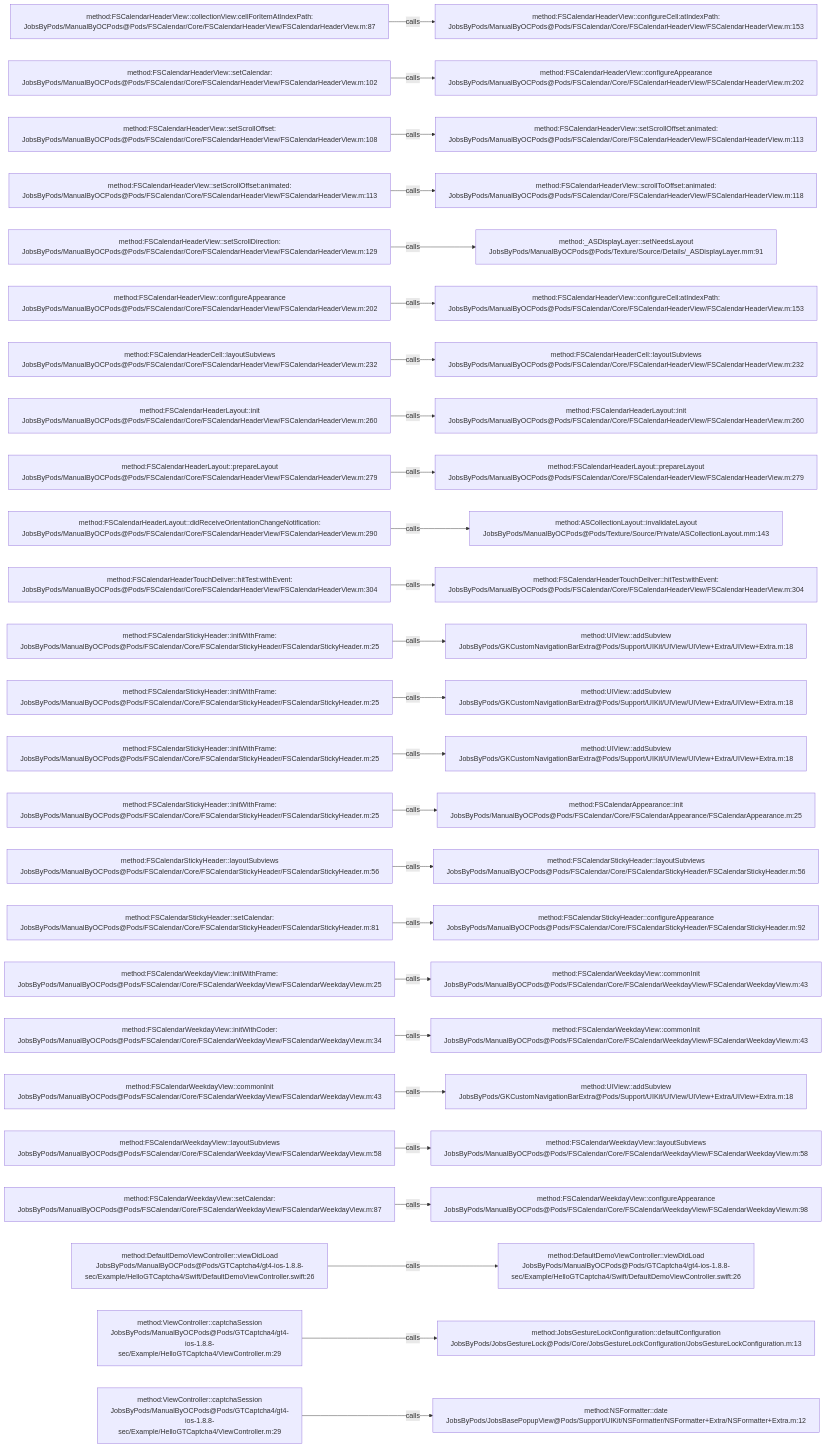
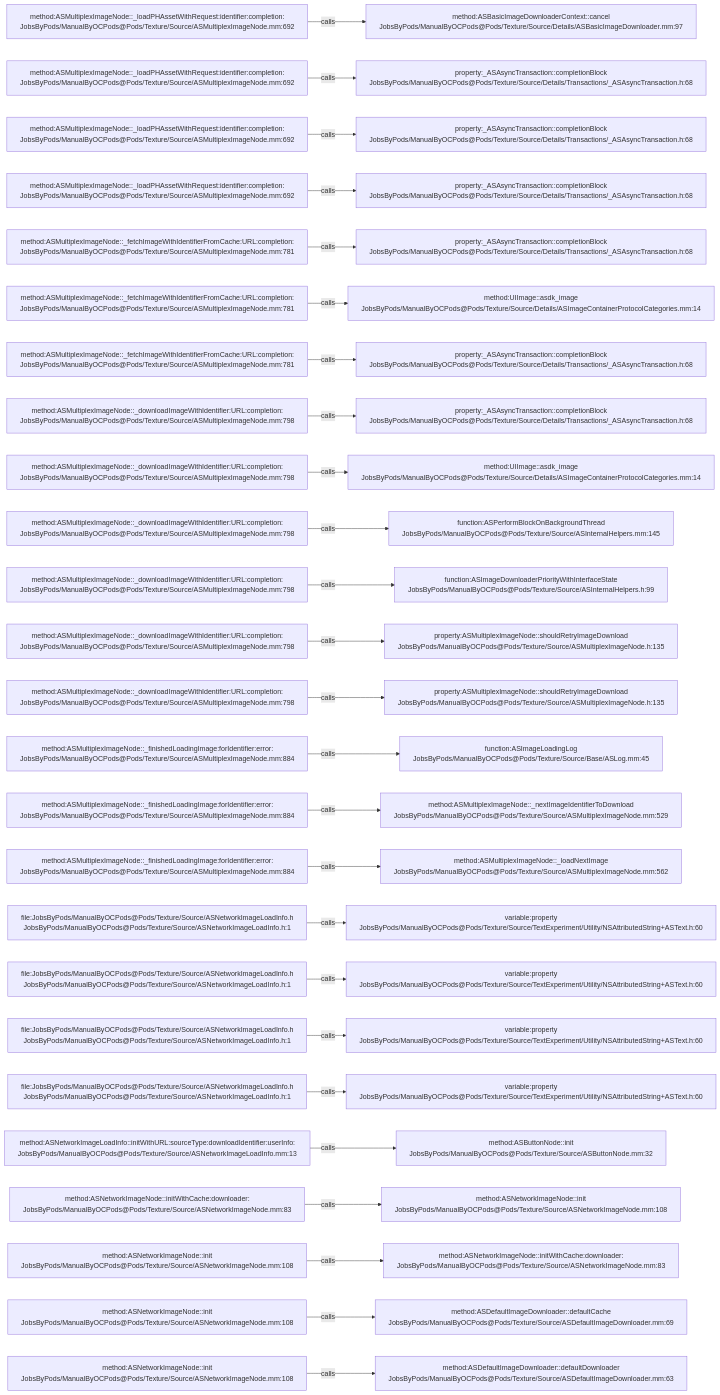
The diagram in .codegraph/codegraph.md/graphs/calls-124.md (JobsKits/JobsOCBaseConfigDemo), drawn with Mermaid before and after one commit. The commit also changed 2162 other files, not shown here.

````diff
--- a/.codegraph/codegraph.md/graphs/calls-124.md
+++ b/.codegraph/codegraph.md/graphs/calls-124.md
@@ -13,78 +13,78 @@
 ```mermaid
 flowchart LR
-  S1["method:FSCalendarHeaderView::collectionView:cellForItemAtIndexPath:<br/>JobsByPods/ManualByOCPods@Pods/FSCalendar/Core/FSCalendarHeaderView/FSCalendarHeaderView.m:87"]
-  T1["method:FSCalendarHeaderView::configureCell:atIndexPath:<br/>JobsByPods/ManualByOCPods@Pods/FSCalendar/Core/FSCalendarHeaderView/FSCalendarHeaderView.m:153"]
+  S1["method:ASMultiplexImageNode::_loadPHAssetWithRequest:identifier:completion:<br/>JobsByPods/ManualByOCPods@Pods/Texture/Source/ASMultiplexImageNode.mm:692"]
+  T1["method:ASBasicImageDownloaderContext::cancel<br/>JobsByPods/ManualByOCPods@Pods/Texture/Source/Details/ASBasicImageDownloader.mm:97"]
   S1 -->|calls| T1
-  S2["method:FSCalendarHeaderView::setCalendar:<br/>JobsByPods/ManualByOCPods@Pods/FSCalendar/Core/FSCalendarHeaderView/FSCalendarHeaderView.m:102"]
-  T2["method:FSCalendarHeaderView::configureAppearance<br/>JobsByPods/ManualByOCPods@Pods/FSCalendar/Core/FSCalendarHeaderView/FSCalendarHeaderView.m:202"]
+  S2["method:ASMultiplexImageNode::_loadPHAssetWithRequest:identifier:completion:<br/>JobsByPods/ManualByOCPods@Pods/Texture/Source/ASMultiplexImageNode.mm:692"]
+  T2["property:_ASAsyncTransaction::completionBlock<br/>JobsByPods/ManualByOCPods@Pods/Texture/Source/Details/Transactions/_ASAsyncTransaction.h:68"]
   S2 -->|calls| T2
-  S3["method:FSCalendarHeaderView::setScrollOffset:<br/>JobsByPods/ManualByOCPods@Pods/FSCalendar/Core/FSCalendarHeaderView/FSCalendarHeaderView.m:108"]
-  T3["method:FSCalendarHeaderView::setScrollOffset:animated:<br/>JobsByPods/ManualByOCPods@Pods/FSCalendar/Core/FSCalendarHeaderView/FSCalendarHeaderView.m:113"]
+  S3["method:ASMultiplexImageNode::_loadPHAssetWithRequest:identifier:completion:<br/>JobsByPods/ManualByOCPods@Pods/Texture/Source/ASMultiplexImageNode.mm:692"]
+  T3["property:_ASAsyncTransaction::completionBlock<br/>JobsByPods/ManualByOCPods@Pods/Texture/Source/Details/Transactions/_ASAsyncTransaction.h:68"]
   S3 -->|calls| T3
-  S4["method:FSCalendarHeaderView::setScrollOffset:animated:<br/>JobsByPods/ManualByOCPods@Pods/FSCalendar/Core/FSCalendarHeaderView/FSCalendarHeaderView.m:113"]
-  T4["method:FSCalendarHeaderView::scrollToOffset:animated:<br/>JobsByPods/ManualByOCPods@Pods/FSCalendar/Core/FSCalendarHeaderView/FSCalendarHeaderView.m:118"]
+  S4["method:ASMultiplexImageNode::_loadPHAssetWithRequest:identifier:completion:<br/>JobsByPods/ManualByOCPods@Pods/Texture/Source/ASMultiplexImageNode.mm:692"]
+  T4["property:_ASAsyncTransaction::completionBlock<br/>JobsByPods/ManualByOCPods@Pods/Texture/Source/Details/Transactions/_ASAsyncTransaction.h:68"]
   S4 -->|calls| T4
-  S5["method:FSCalendarHeaderView::setScrollDirection:<br/>JobsByPods/ManualByOCPods@Pods/FSCalendar/Core/FSCalendarHeaderView/FSCalendarHeaderView.m:129"]
-  T5["method:_ASDisplayLayer::setNeedsLayout<br/>JobsByPods/ManualByOCPods@Pods/Texture/Source/Details/_ASDisplayLayer.mm:91"]
+  S5["method:ASMultiplexImageNode::_fetchImageWithIdentifierFromCache:URL:completion:<br/>JobsByPods/ManualByOCPods@Pods/Texture/Source/ASMultiplexImageNode.mm:781"]
+  T5["property:_ASAsyncTransaction::completionBlock<br/>JobsByPods/ManualByOCPods@Pods/Texture/Source/Details/Transactions/_ASAsyncTransaction.h:68"]
   S5 -->|calls| T5
-  S6["method:FSCalendarHeaderView::configureAppearance<br/>JobsByPods/ManualByOCPods@Pods/FSCalendar/Core/FSCalendarHeaderView/FSCalendarHeaderView.m:202"]
-  T6["method:FSCalendarHeaderView::configureCell:atIndexPath:<br/>JobsByPods/ManualByOCPods@Pods/FSCalendar/Core/FSCalendarHeaderView/FSCalendarHeaderView.m:153"]
+  S6["method:ASMultiplexImageNode::_fetchImageWithIdentifierFromCache:URL:completion:<br/>JobsByPods/ManualByOCPods@Pods/Texture/Source/ASMultiplexImageNode.mm:781"]
+  T6["method:UIImage::asdk_image<br/>JobsByPods/ManualByOCPods@Pods/Texture/Source/Details/ASImageContainerProtocolCategories.mm:14"]
   S6 -->|calls| T6
-  S7["method:FSCalendarHeaderCell::layoutSubviews<br/>JobsByPods/ManualByOCPods@Pods/FSCalendar/Core/FSCalendarHeaderView/FSCalendarHeaderView.m:232"]
-  T7["method:FSCalendarHeaderCell::layoutSubviews<br/>JobsByPods/ManualByOCPods@Pods/FSCalendar/Core/FSCalendarHeaderView/FSCalendarHeaderView.m:232"]
+  S7["method:ASMultiplexImageNode::_fetchImageWithIdentifierFromCache:URL:completion:<br/>JobsByPods/ManualByOCPods@Pods/Texture/Source/ASMultiplexImageNode.mm:781"]
+  T7["property:_ASAsyncTransaction::completionBlock<br/>JobsByPods/ManualByOCPods@Pods/Texture/Source/Details/Transactions/_ASAsyncTransaction.h:68"]
   S7 -->|calls| T7
-  S8["method:FSCalendarHeaderLayout::init<br/>JobsByPods/ManualByOCPods@Pods/FSCalendar/Core/FSCalendarHeaderView/FSCalendarHeaderView.m:260"]
-  T8["method:FSCalendarHeaderLayout::init<br/>JobsByPods/ManualByOCPods@Pods/FSCalendar/Core/FSCalendarHeaderView/FSCalendarHeaderView.m:260"]
+  S8["method:ASMultiplexImageNode::_downloadImageWithIdentifier:URL:completion:<br/>JobsByPods/ManualByOCPods@Pods/Texture/Source/ASMultiplexImageNode.mm:798"]
+  T8["property:_ASAsyncTransaction::completionBlock<br/>JobsByPods/ManualByOCPods@Pods/Texture/Source/Details/Transactions/_ASAsyncTransaction.h:68"]
   S8 -->|calls| T8
-  S9["method:FSCalendarHeaderLayout::prepareLayout<br/>JobsByPods/ManualByOCPods@Pods/FSCalendar/Core/FSCalendarHeaderView/FSCalendarHeaderView.m:279"]
-  T9["method:FSCalendarHeaderLayout::prepareLayout<br/>JobsByPods/ManualByOCPods@Pods/FSCalendar/Core/FSCalendarHeaderView/FSCalendarHeaderView.m:279"]
+  S9["method:ASMultiplexImageNode::_downloadImageWithIdentifier:URL:completion:<br/>JobsByPods/ManualByOCPods@Pods/Texture/Source/ASMultiplexImageNode.mm:798"]
+  T9["method:UIImage::asdk_image<br/>JobsByPods/ManualByOCPods@Pods/Texture/Source/Details/ASImageContainerProtocolCategories.mm:14"]
   S9 -->|calls| T9
-  S10["method:FSCalendarHeaderLayout::didReceiveOrientationChangeNotification:<br/>JobsByPods/ManualByOCPods@Pods/FSCalendar/Core/FSCalendarHeaderView/FSCalendarHeaderView.m:290"]
-  T10["method:ASCollectionLayout::invalidateLayout<br/>JobsByPods/ManualByOCPods@Pods/Texture/Source/Private/ASCollectionLayout.mm:143"]
+  S10["method:ASMultiplexImageNode::_downloadImageWithIdentifier:URL:completion:<br/>JobsByPods/ManualByOCPods@Pods/Texture/Source/ASMultiplexImageNode.mm:798"]
+  T10["function:ASPerformBlockOnBackgroundThread<br/>JobsByPods/ManualByOCPods@Pods/Texture/Source/ASInternalHelpers.mm:145"]
   S10 -->|calls| T10
-  S11["method:FSCalendarHeaderTouchDeliver::hitTest:withEvent:<br/>JobsByPods/ManualByOCPods@Pods/FSCalendar/Core/FSCalendarHeaderView/FSCalendarHeaderView.m:304"]
-  T11["method:FSCalendarHeaderTouchDeliver::hitTest:withEvent:<br/>JobsByPods/ManualByOCPods@Pods/FSCalendar/Core/FSCalendarHeaderView/FSCalendarHeaderView.m:304"]
+  S11["method:ASMultiplexImageNode::_downloadImageWithIdentifier:URL:completion:<br/>JobsByPods/ManualByOCPods@Pods/Texture/Source/ASMultiplexImageNode.mm:798"]
+  T11["function:ASImageDownloaderPriorityWithInterfaceState<br/>JobsByPods/ManualByOCPods@Pods/Texture/Source/ASInternalHelpers.h:99"]
   S11 -->|calls| T11
-  S12["method:FSCalendarStickyHeader::initWithFrame:<br/>JobsByPods/ManualByOCPods@Pods/FSCalendar/Core/FSCalendarStickyHeader/FSCalendarStickyHeader.m:25"]
-  T12["method:UIView::addSubview<br/>JobsByPods/GKCustomNavigationBarExtra@Pods/Support/UIKit/UIView/UIView+Extra/UIView+Extra.m:18"]
+  S12["method:ASMultiplexImageNode::_downloadImageWithIdentifier:URL:completion:<br/>JobsByPods/ManualByOCPods@Pods/Texture/Source/ASMultiplexImageNode.mm:798"]
+  T12["property:ASMultiplexImageNode::shouldRetryImageDownload<br/>JobsByPods/ManualByOCPods@Pods/Texture/Source/ASMultiplexImageNode.h:135"]
   S12 -->|calls| T12
-  S13["method:FSCalendarStickyHeader::initWithFrame:<br/>JobsByPods/ManualByOCPods@Pods/FSCalendar/Core/FSCalendarStickyHeader/FSCalendarStickyHeader.m:25"]
-  T13["method:UIView::addSubview<br/>JobsByPods/GKCustomNavigationBarExtra@Pods/Support/UIKit/UIView/UIView+Extra/UIView+Extra.m:18"]
+  S13["method:ASMultiplexImageNode::_downloadImageWithIdentifier:URL:completion:<br/>JobsByPods/ManualByOCPods@Pods/Texture/Source/ASMultiplexImageNode.mm:798"]
+  T13["property:ASMultiplexImageNode::shouldRetryImageDownload<br/>JobsByPods/ManualByOCPods@Pods/Texture/Source/ASMultiplexImageNode.h:135"]
   S13 -->|calls| T13
-  S14["method:FSCalendarStickyHeader::initWithFrame:<br/>JobsByPods/ManualByOCPods@Pods/FSCalendar/Core/FSCalendarStickyHeader/FSCalendarStickyHeader.m:25"]
-  T14["method:UIView::addSubview<br/>JobsByPods/GKCustomNavigationBarExtra@Pods/Support/UIKit/UIView/UIView+Extra/UIView+Extra.m:18"]
+  S14["method:ASMultiplexImageNode::_finishedLoadingImage:forIdentifier:error:<br/>JobsByPods/ManualByOCPods@Pods/Texture/Source/ASMultiplexImageNode.mm:884"]
+  T14["function:ASImageLoadingLog<br/>JobsByPods/ManualByOCPods@Pods/Texture/Source/Base/ASLog.mm:45"]
   S14 -->|calls| T14
-  S15["method:FSCalendarStickyHeader::initWithFrame:<br/>JobsByPods/ManualByOCPods@Pods/FSCalendar/Core/FSCalendarStickyHeader/FSCalendarStickyHeader.m:25"]
-  T15["method:FSCalendarAppearance::init<br/>JobsByPods/ManualByOCPods@Pods/FSCalendar/Core/FSCalendarAppearance/FSCalendarAppearance.m:25"]
+  S15["method:ASMultiplexImageNode::_finishedLoadingImage:forIdentifier:error:<br/>JobsByPods/ManualByOCPods@Pods/Texture/Source/ASMultiplexImageNode.mm:884"]
+  T15["method:ASMultiplexImageNode::_nextImageIdentifierToDownload<br/>JobsByPods/ManualByOCPods@Pods/Texture/Source/ASMultiplexImageNode.mm:529"]
   S15 -->|calls| T15
-  S16["method:FSCalendarStickyHeader::layoutSubviews<br/>JobsByPods/ManualByOCPods@Pods/FSCalendar/Core/FSCalendarStickyHeader/FSCalendarStickyHeader.m:56"]
-  T16["method:FSCalendarStickyHeader::layoutSubviews<br/>JobsByPods/ManualByOCPods@Pods/FSCalendar/Core/FSCalendarStickyHeader/FSCalendarStickyHeader.m:56"]
+  S16["method:ASMultiplexImageNode::_finishedLoadingImage:forIdentifier:error:<br/>JobsByPods/ManualByOCPods@Pods/Texture/Source/ASMultiplexImageNode.mm:884"]
+  T16["method:ASMultiplexImageNode::_loadNextImage<br/>JobsByPods/ManualByOCPods@Pods/Texture/Source/ASMultiplexImageNode.mm:562"]
   S16 -->|calls| T16
-  S17["method:FSCalendarStickyHeader::setCalendar:<br/>JobsByPods/ManualByOCPods@Pods/FSCalendar/Core/FSCalendarStickyHeader/FSCalendarStickyHeader.m:81"]
-  T17["method:FSCalendarStickyHeader::configureAppearance<br/>JobsByPods/ManualByOCPods@Pods/FSCalendar/Core/FSCalendarStickyHeader/FSCalendarStickyHeader.m:92"]
+  S17["file:JobsByPods/ManualByOCPods@Pods/Texture/Source/ASNetworkImageLoadInfo.h<br/>JobsByPods/ManualByOCPods@Pods/Texture/Source/ASNetworkImageLoadInfo.h:1"]
+  T17["variable:property<br/>JobsByPods/ManualByOCPods@Pods/Texture/Source/TextExperiment/Utility/NSAttributedString+ASText.h:60"]
   S17 -->|calls| T17
-  S18["method:FSCalendarWeekdayView::initWithFrame:<br/>JobsByPods/ManualByOCPods@Pods/FSCalendar/Core/FSCalendarWeekdayView/FSCalendarWeekdayView.m:25"]
-  T18["method:FSCalendarWeekdayView::commonInit<br/>JobsByPods/ManualByOCPods@Pods/FSCalendar/Core/FSCalendarWeekdayView/FSCalendarWeekdayView.m:43"]
+  S18["file:JobsByPods/ManualByOCPods@Pods/Texture/Source/ASNetworkImageLoadInfo.h<br/>JobsByPods/ManualByOCPods@Pods/Texture/Source/ASNetworkImageLoadInfo.h:1"]
+  T18["variable:property<br/>JobsByPods/ManualByOCPods@Pods/Texture/Source/TextExperiment/Utility/NSAttributedString+ASText.h:60"]
   S18 -->|calls| T18
-  S19["method:FSCalendarWeekdayView::initWithCoder:<br/>JobsByPods/ManualByOCPods@Pods/FSCalendar/Core/FSCalendarWeekdayView/FSCalendarWeekdayView.m:34"]
-  T19["method:FSCalendarWeekdayView::commonInit<br/>JobsByPods/ManualByOCPods@Pods/FSCalendar/Core/FSCalendarWeekdayView/FSCalendarWeekdayView.m:43"]
+  S19["file:JobsByPods/ManualByOCPods@Pods/Texture/Source/ASNetworkImageLoadInfo.h<br/>JobsByPods/ManualByOCPods@Pods/Texture/Source/ASNetworkImageLoadInfo.h:1"]
+  T19["variable:property<br/>JobsByPods/ManualByOCPods@Pods/Texture/Source/TextExperiment/Utility/NSAttributedString+ASText.h:60"]
   S19 -->|calls| T19
-  S20["method:FSCalendarWeekdayView::commonInit<br/>JobsByPods/ManualByOCPods@Pods/FSCalendar/Core/FSCalendarWeekdayView/FSCalendarWeekdayView.m:43"]
-  T20["method:UIView::addSubview<br/>JobsByPods/GKCustomNavigationBarExtra@Pods/Support/UIKit/UIView/UIView+Extra/UIView+Extra.m:18"]
+  S20["file:JobsByPods/ManualByOCPods@Pods/Texture/Source/ASNetworkImageLoadInfo.h<br/>JobsByPods/ManualByOCPods@Pods/Texture/Source/ASNetworkImageLoadInfo.h:1"]
+  T20["variable:property<br/>JobsByPods/ManualByOCPods@Pods/Texture/Source/TextExperiment/Utility/NSAttributedString+ASText.h:60"]
   S20 -->|calls| T20
-  S21["method:FSCalendarWeekdayView::layoutSubviews<br/>JobsByPods/ManualByOCPods@Pods/FSCalendar/Core/FSCalendarWeekdayView/FSCalendarWeekdayView.m:58"]
-  T21["method:FSCalendarWeekdayView::layoutSubviews<br/>JobsByPods/ManualByOCPods@Pods/FSCalendar/Core/FSCalendarWeekdayView/FSCalendarWeekdayView.m:58"]
+  S21["method:ASNetworkImageLoadInfo::initWithURL:sourceType:downloadIdentifier:userInfo:<br/>JobsByPods/ManualByOCPods@Pods/Texture/Source/ASNetworkImageLoadInfo.mm:13"]
+  T21["method:ASButtonNode::init<br/>JobsByPods/ManualByOCPods@Pods/Texture/Source/ASButtonNode.mm:32"]
   S21 -->|calls| T21
-  S22["method:FSCalendarWeekdayView::setCalendar:<br/>JobsByPods/ManualByOCPods@Pods/FSCalendar/Core/FSCalendarWeekdayView/FSCalendarWeekdayView.m:87"]
-  T22["method:FSCalendarWeekdayView::configureAppearance<br/>JobsByPods/ManualByOCPods@Pods/FSCalendar/Core/FSCalendarWeekdayView/FSCalendarWeekdayView.m:98"]
+  S22["method:ASNetworkImageNode::initWithCache:downloader:<br/>JobsByPods/ManualByOCPods@Pods/Texture/Source/ASNetworkImageNode.mm:83"]
+  T22["method:ASNetworkImageNode::init<br/>JobsByPods/ManualByOCPods@Pods/Texture/Source/ASNetworkImageNode.mm:108"]
   S22 -->|calls| T22
-  S23["method:DefaultDemoViewController::viewDidLoad<br/>JobsByPods/ManualByOCPods@Pods/GTCaptcha4/gt4-ios-1.8.8-sec/Example/HelloGTCaptcha4/Swift/DefaultDemoViewController.swift:26"]
-  T23["method:DefaultDemoViewController::viewDidLoad<br/>JobsByPods/ManualByOCPods@Pods/GTCaptcha4/gt4-ios-1.8.8-sec/Example/HelloGTCaptcha4/Swift/DefaultDemoViewController.swift:26"]
+  S23["method:ASNetworkImageNode::init<br/>JobsByPods/ManualByOCPods@Pods/Texture/Source/ASNetworkImageNode.mm:108"]
+  T23["method:ASNetworkImageNode::initWithCache:downloader:<br/>JobsByPods/ManualByOCPods@Pods/Texture/Source/ASNetworkImageNode.mm:83"]
   S23 -->|calls| T23
-  S24["method:ViewController::captchaSession<br/>JobsByPods/ManualByOCPods@Pods/GTCaptcha4/gt4-ios-1.8.8-sec/Example/HelloGTCaptcha4/ViewController.m:29"]
-  T24["method:JobsGestureLockConfiguration::defaultConfiguration<br/>JobsByPods/JobsGestureLock@Pods/Core/JobsGestureLockConfiguration/JobsGestureLockConfiguration.m:13"]
+  S24["method:ASNetworkImageNode::init<br/>JobsByPods/ManualByOCPods@Pods/Texture/Source/ASNetworkImageNode.mm:108"]
+  T24["method:ASDefaultImageDownloader::defaultCache<br/>JobsByPods/ManualByOCPods@Pods/Texture/Source/ASDefaultImageDownloader.mm:69"]
   S24 -->|calls| T24
-  S25["method:ViewController::captchaSession<br/>JobsByPods/ManualByOCPods@Pods/GTCaptcha4/gt4-ios-1.8.8-sec/Example/HelloGTCaptcha4/ViewController.m:29"]
-  T25["method:NSFormatter::date<br/>JobsByPods/JobsBasePopupView@Pods/Support/UIKit/NSFormatter/NSFormatter+Extra/NSFormatter+Extra.m:12"]
+  S25["method:ASNetworkImageNode::init<br/>JobsByPods/ManualByOCPods@Pods/Texture/Source/ASNetworkImageNode.mm:108"]
+  T25["method:ASDefaultImageDownloader::defaultDownloader<br/>JobsByPods/ManualByOCPods@Pods/Texture/Source/ASDefaultImageDownloader.mm:63"]
   S25 -->|calls| T25
 ```
````
